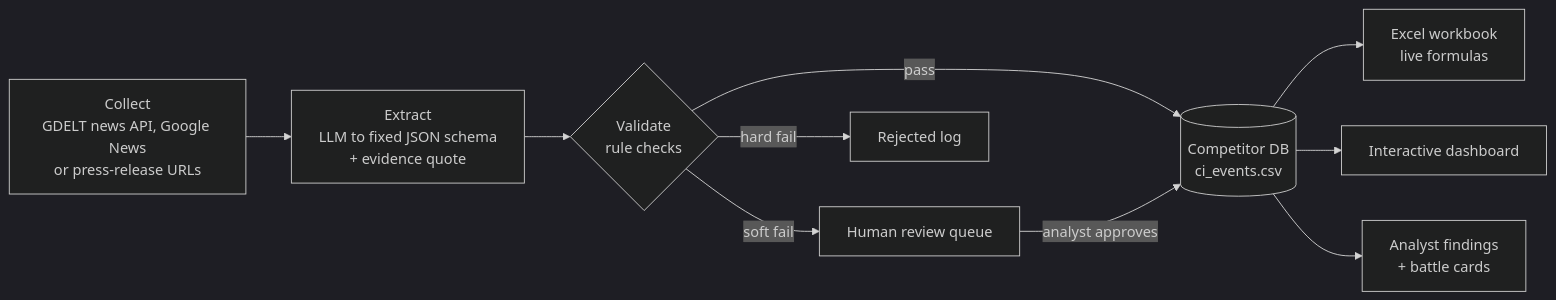
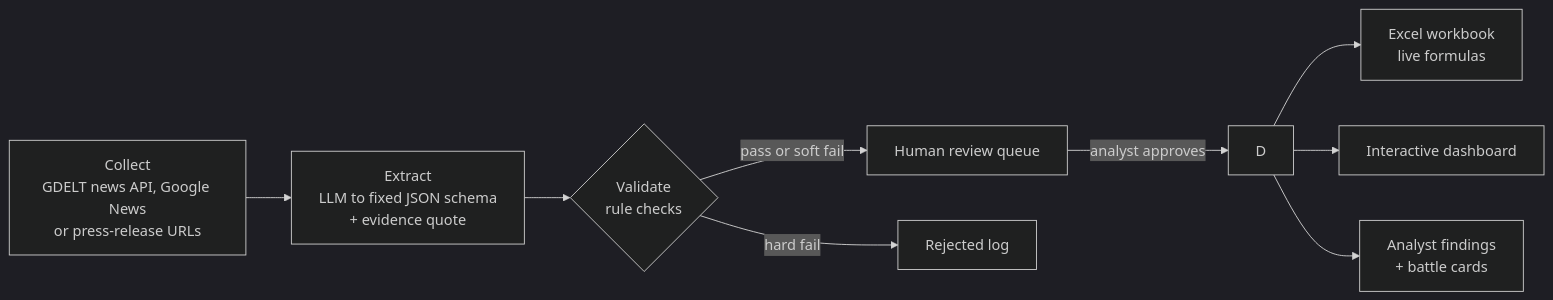
One commit to lokpriye96/ai-ci-tracker changed the diagram in README.md. Above: the diagram before and after it, drawn with Mermaid (dark theme). The commit also changed other lines of this file and 15 other files, not shown here.

First line of the commit message:
Analyst review 22 Nov: remove duplicate and mislabelled events, verify sources, hold new events for approval [skip ci]

````diff
--- a/README.md
+++ b/README.md
@@ -40,12 +40,11 @@
 ```mermaid
 flowchart LR
     A[Collect<br/>GDELT news API, Google News<br/>or press-release URLs] --> B[Extract<br/>LLM to fixed JSON schema<br/>+ evidence quote]
     B --> C{Validate<br/>rule checks}
-    C -->|pass| D[(Competitor DB<br/>ci_events.csv)]
-    C -->|soft fail| E[Human review queue]
+    C -->|pass or soft fail| E[Human review queue]
     C -->|hard fail| F[Rejected log]
     E -->|analyst approves| D
     D --> G[Excel workbook<br/>live formulas]
     D --> H[Interactive dashboard]
     D --> I[Analyst findings<br/>+ battle cards]
 ```
````
